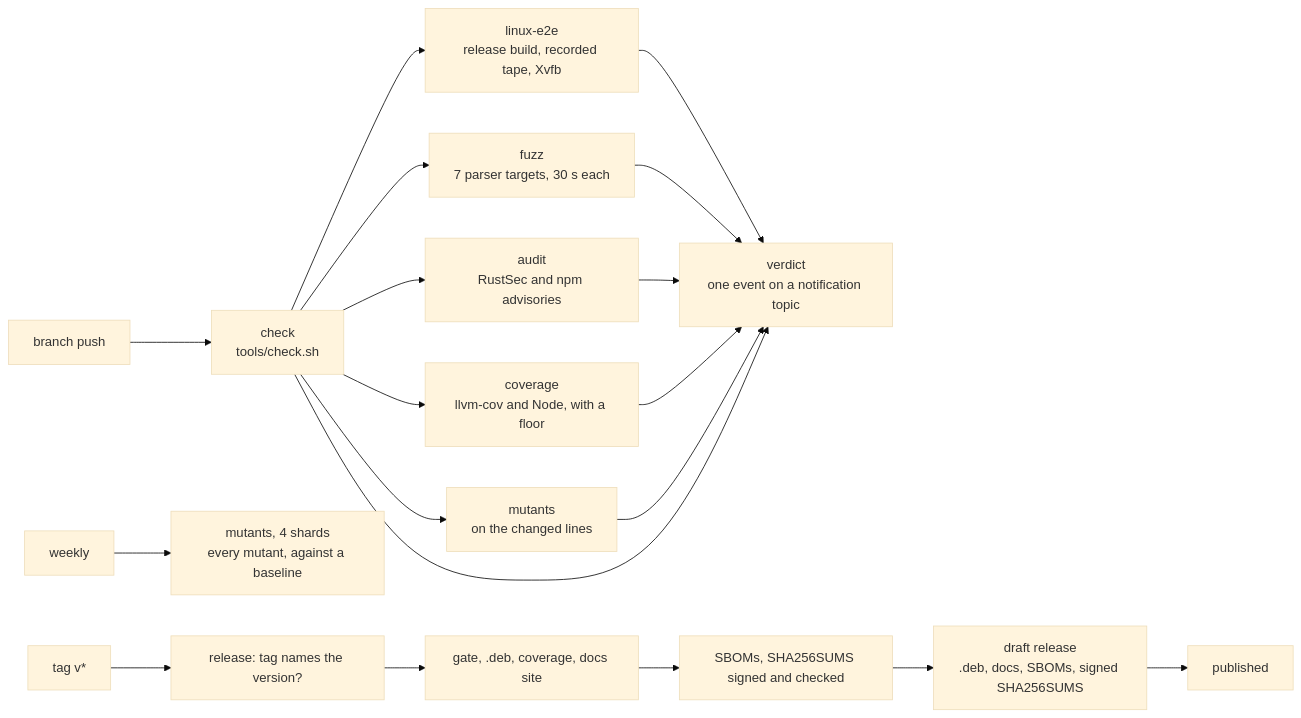
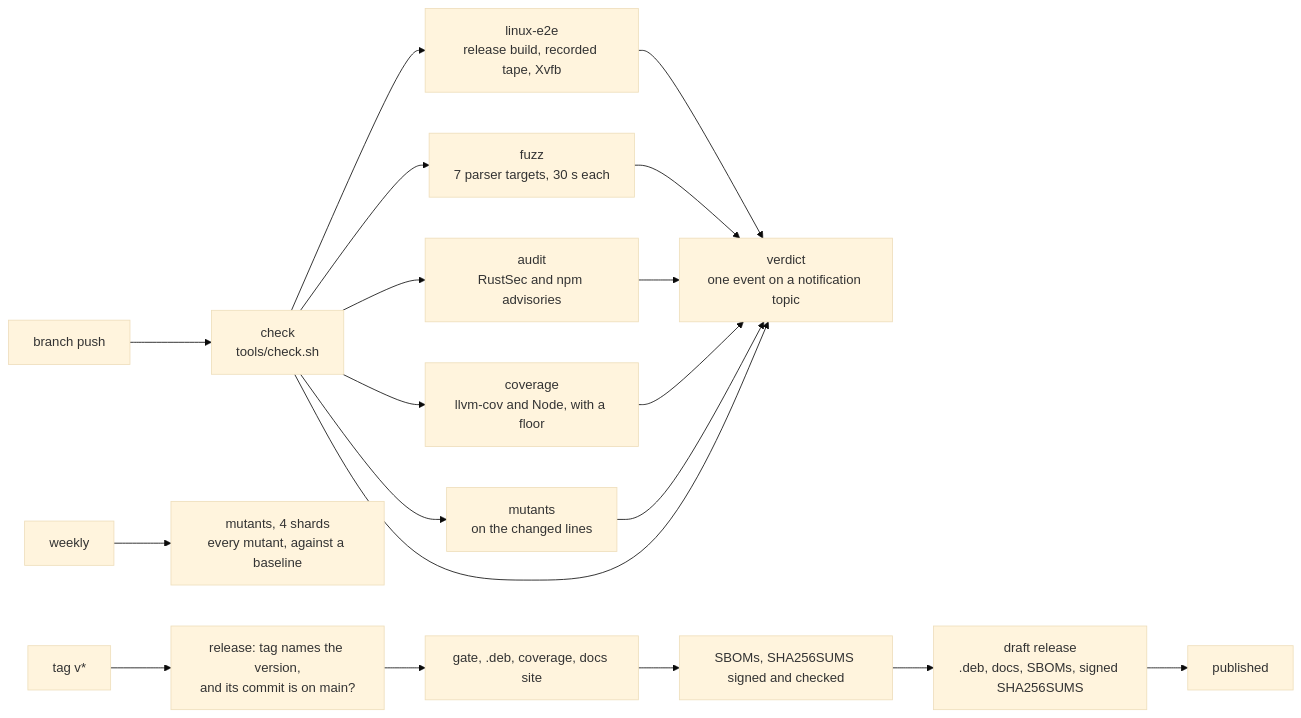
The diagram in book/src/testing.md (jake-king/maps-tauri), drawn with Mermaid (base theme) before and after one commit. The commit also changed other lines of this file and 1 other file, not shown here.

First line of the commit message:
release: build only from a commit on main

````diff
--- a/book/src/testing.md
+++ b/book/src/testing.md
@@ -147,21 +147,21 @@
 ```mermaid
 flowchart LR
   push["branch push"] --> check["check<br/>tools/check.sh"]
   check --> e2e["linux-e2e<br/>release build, recorded tape, Xvfb"]
   check --> cov["coverage<br/>llvm-cov and Node, with a floor"]
   e2e --> verdict["verdict<br/>one event on a notification topic"]
   check --> mut["mutants<br/>on the changed lines"]
   check --> audit["audit<br/>RustSec and npm advisories"]
   check --> fuzz["fuzz<br/>7 parser targets, 30 s each"]
   fuzz --> verdict
   audit --> verdict
   cov --> verdict
   mut --> verdict
   check --> verdict
   week["weekly"] --> mfull["mutants, 4 shards<br/>every mutant, against a baseline"]
-  tag["tag v*"] --> vcheck["release: tag names the version?"]
+  tag["tag v*"] --> vcheck["release: tag names the version,<br/>and its commit is on main?"]
   vcheck --> rgate["gate, .deb, coverage, docs site"]
   rgate --> sign["SBOMs, SHA256SUMS signed and checked"]
   sign --> draft["draft release<br/>.deb, docs, SBOMs, signed SHA256SUMS"]
   draft --> pub["published"]
 ```
````
